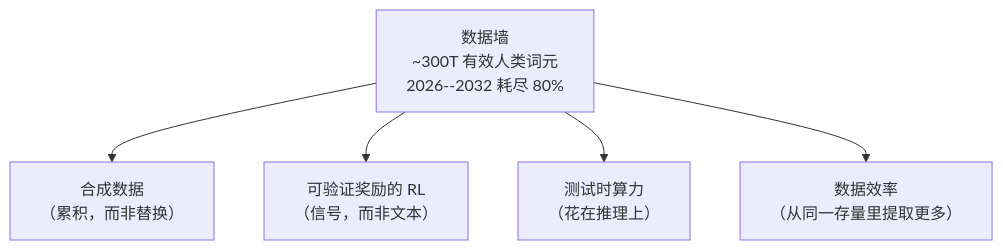
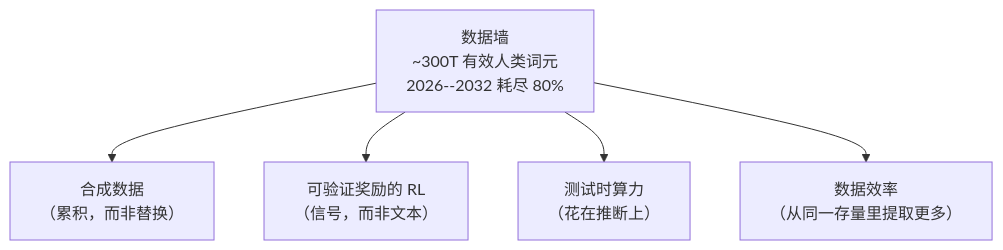
Before and after one commit to latere-ai/ai-as-an-infrastructure: the diagram in zh/infrastructure/07-where-learning-hits-limits.qmd, drawn with Mermaid. The commit also changed other lines of this file and 40 other files, not shown here.

````diff
--- a/zh/infrastructure/07-where-learning-hits-limits.qmd
+++ b/zh/infrastructure/07-where-learning-hits-limits.qmd
@@ -13,14 +13,14 @@
 ```{mermaid}
 %%| label: fig-learning-wall
 %%| fig-cap: "数据墙作为整章之下的约束。算力每年数倍增长；高质量人类文本的存量则实际上是平的。两条曲线相交之处，每一条出路都是在试图制造或替代缺失的学习信号，而每一条都有争议。"
 flowchart TB
   wall["数据墙<br/>~300T 有效人类词元<br/>2026--2032 耗尽 80%"]
   syn["合成数据<br/>（累积，而非替换）"]
   rl["可验证奖励的 RL<br/>（信号，而非文本）"]
-  ttc["测试时算力<br/>（花在推理上）"]
+  ttc["测试时算力<br/>（花在推断上）"]
   eff["数据效率<br/>（从同一存量里提取更多）"]
   wall --> syn
   wall --> rl
   wall --> ttc
   wall --> eff
 ```
````
